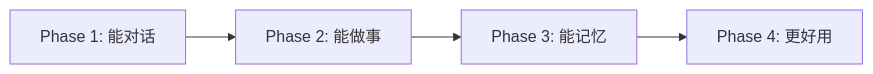
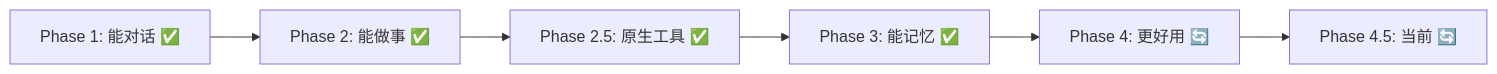
The eighth of 8 diagrams in plans/ARCHITECTURE.md (BakaAkari/AgentCore-Unity), drawn with Mermaid before and after one commit. The commit also changed other lines of this file and 4 other files, not shown here.

````diff
--- a/plans/ARCHITECTURE.md
+++ b/plans/ARCHITECTURE.md
@@ -1700,6 +977,8 @@
 ```mermaid
 graph LR
-    P1[Phase 1: 能对话] --> P2[Phase 2: 能做事]
-    P2 --> P3[Phase 3: 能记忆]
-    P3 --> P4[Phase 4: 更好用]
+    P1[Phase 1: 能对话 ✅] --> P2[Phase 2: 能做事 ✅]
+    P2 --> P25[Phase 2.5: 原生工具 ✅]
+    P25 --> P3[Phase 3: 能记忆 ✅]
+    P3 --> P4[Phase 4: 更好用 🔄]
+    P4 --> P45[Phase 4.5: 当前 🔄]
 ```
````
